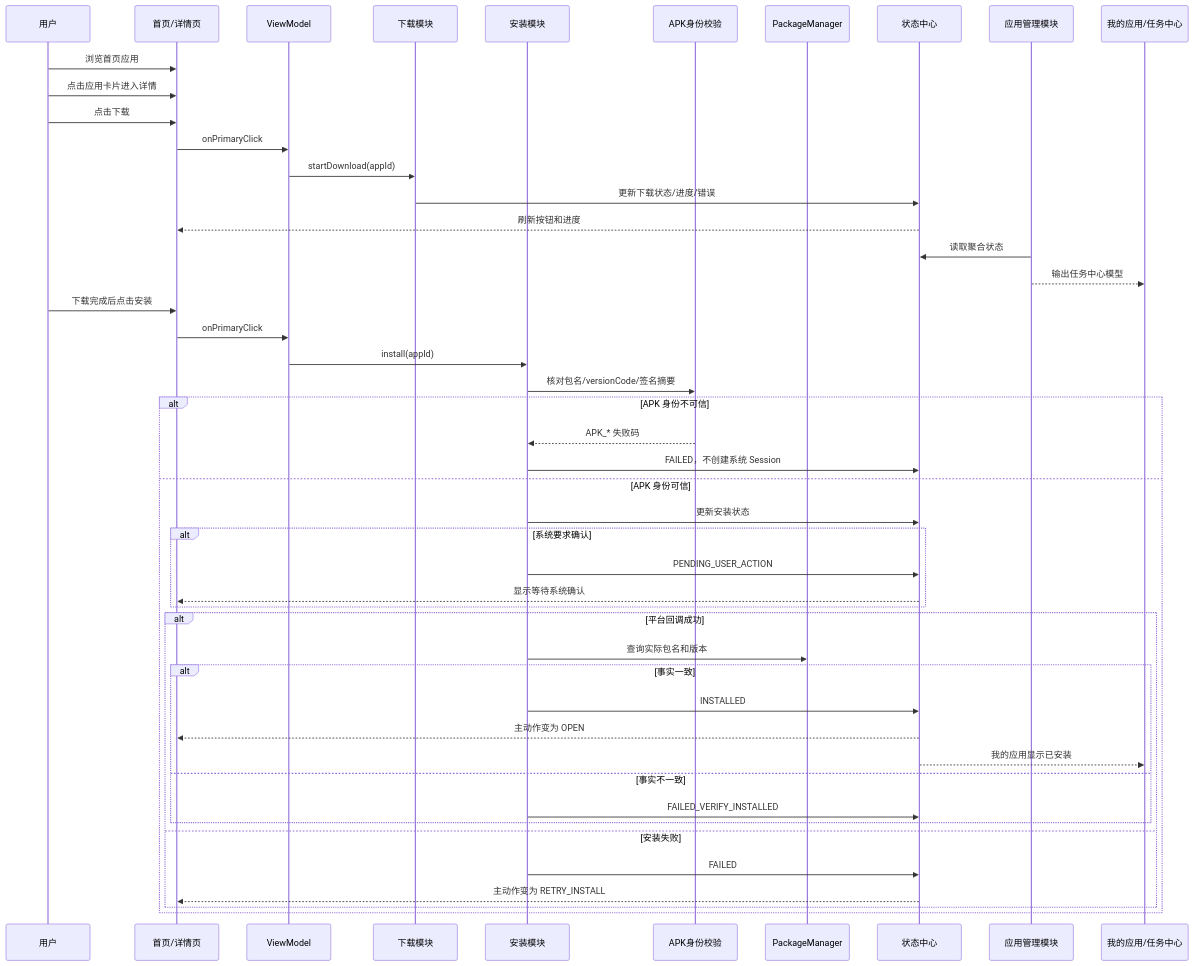
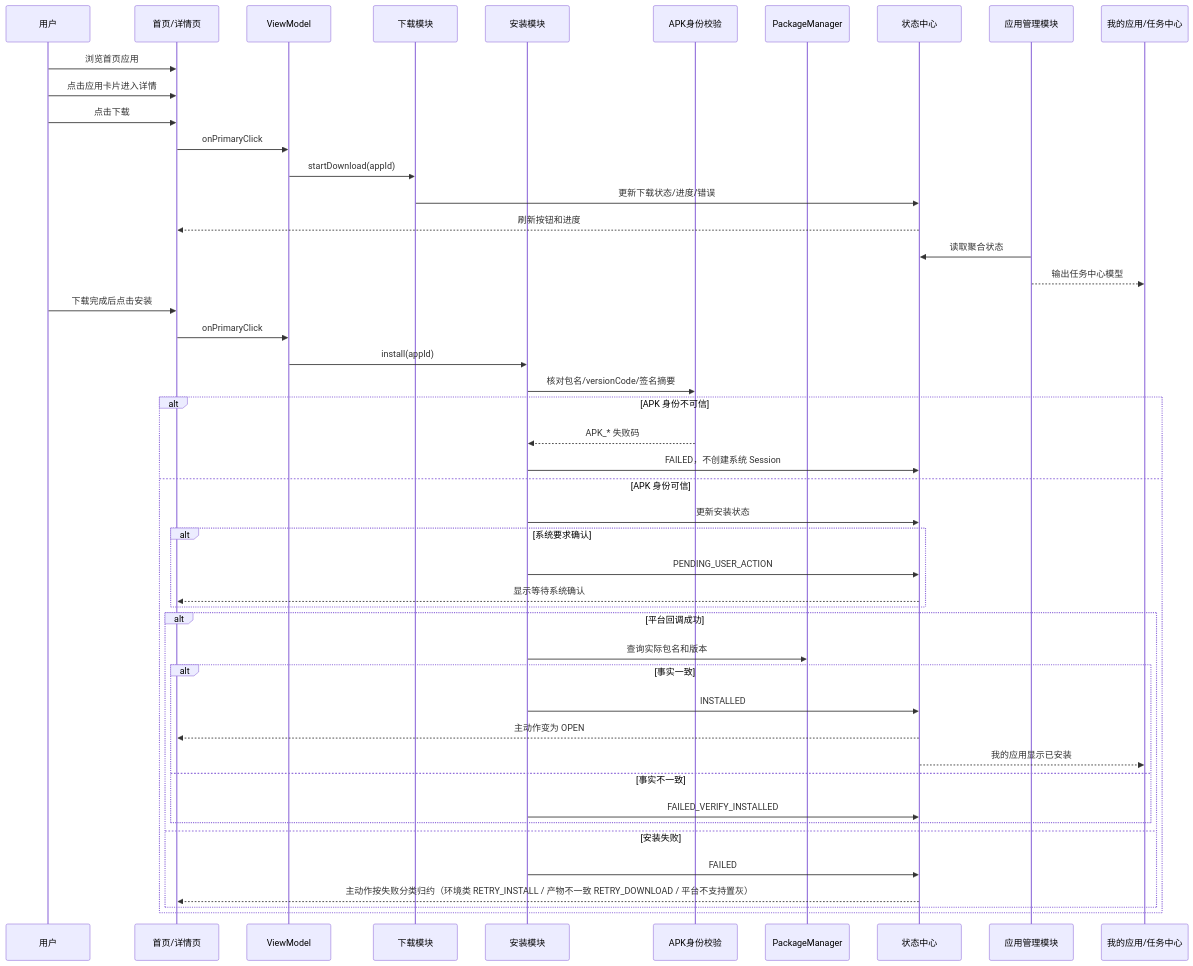
Before and after one commit to XZQ/CarAppStore: the second of 4 diagrams in docs/16-整体业务主链路总流程.md, drawn with Mermaid. The commit also changed 19 other files, not shown here.

````diff
--- a/docs/16-整体业务主链路总流程.md
+++ b/docs/16-整体业务主链路总流程.md
@@ -76,55 +76,55 @@
 ```mermaid
 sequenceDiagram
 participant U as 用户
 participant HOME as 首页/详情页
 participant VM as ViewModel
 participant DM as 下载模块
 participant IM as 安装模块
 participant AV as APK身份校验
 participant PM as PackageManager
 participant SC as 状态中心
 participant AM as 应用管理模块
 participant MY as 我的应用/任务中心
 
 U->>HOME: 浏览首页应用
 U->>HOME: 点击应用卡片进入详情
 U->>HOME: 点击下载
 HOME->>VM: onPrimaryClick
 VM->>DM: startDownload(appId)
 
 DM->>SC: 更新下载状态/进度/错误
 SC-->>HOME: 刷新按钮和进度
 AM->>SC: 读取聚合状态
 AM-->>MY: 输出任务中心模型
 
 U->>HOME: 下载完成后点击安装
 HOME->>VM: onPrimaryClick
 VM->>IM: install(appId)
 IM->>AV: 核对包名/versionCode/签名摘要
 
 alt APK 身份不可信
     AV-->>IM: APK_* 失败码
     IM->>SC: FAILED，不创建系统 Session
 else APK 身份可信
     IM->>SC: 更新安装状态
 
     alt 系统要求确认
         IM->>SC: PENDING_USER_ACTION
         SC-->>HOME: 显示等待系统确认
     end
 
     alt 平台回调成功
         IM->>PM: 查询实际包名和版本
         alt 事实一致
             IM->>SC: INSTALLED
             SC-->>HOME: 主动作变为 OPEN
             SC-->>MY: 我的应用显示已安装
         else 事实不一致
             IM->>SC: FAILED_VERIFY_INSTALLED
         end
     else 安装失败
         IM->>SC: FAILED
-        SC-->>HOME: 主动作变为 RETRY_INSTALL
+        SC-->>HOME: 主动作按失败分类归约（环境类 RETRY_INSTALL / 产物不一致 RETRY_DOWNLOAD / 平台不支持置灰）
     end
 end
 ```
````
